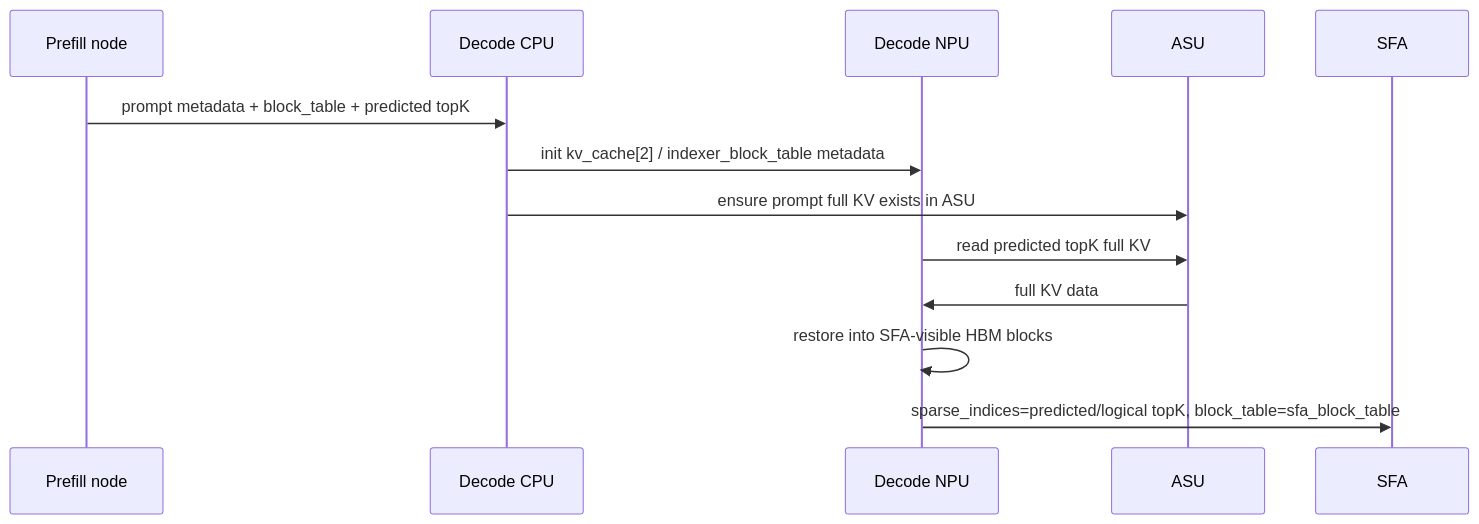
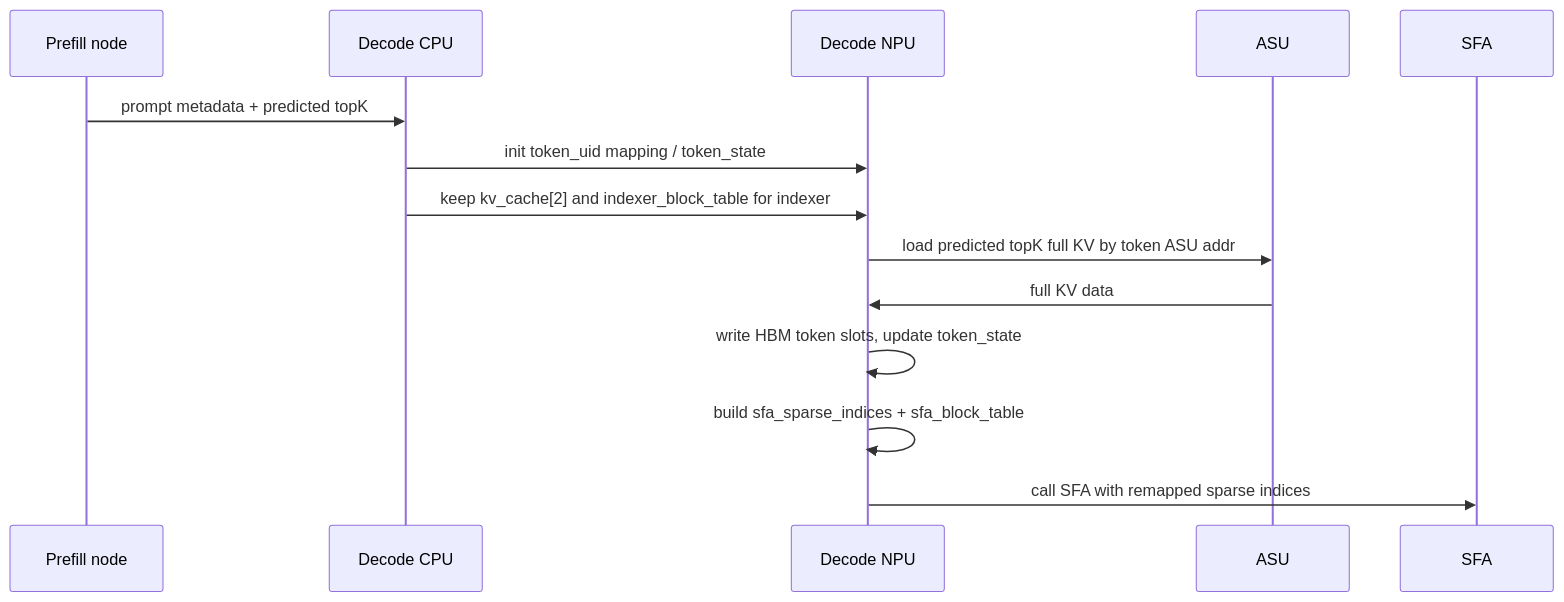
The second of 6 diagrams in docs/draft/2026-06-02-npu-hbm-kvcache-management-draft.md (ykfnxx/ASU-Ascend), drawn with Mermaid before and after one commit. The commit also changed other lines of this file, not shown here.

Commit message:
Refine KVCache token-state SFA remap design

````diff
--- a/docs/draft/2026-06-02-npu-hbm-kvcache-management-draft.md
+++ b/docs/draft/2026-06-02-npu-hbm-kvcache-management-draft.md
@@ -332,16 +399,17 @@
 ```mermaid
 sequenceDiagram
     participant P as Prefill node
     participant D as Decode CPU
     participant N as Decode NPU
     participant A as ASU
     participant S as SFA
 
-    P->>D: prompt metadata + block_table + predicted topK
-    D->>N: init kv_cache[2] / indexer_block_table metadata
-    D->>A: ensure prompt full KV exists in ASU
-    N->>A: read predicted topK full KV
+    P->>D: prompt metadata + predicted topK
+    D->>N: init token_uid mapping / token_state
+    D->>N: keep kv_cache[2] and indexer_block_table for indexer
+    N->>A: load predicted topK full KV by token ASU addr
     A->>N: full KV data
-    N->>N: restore into SFA-visible HBM blocks
-    N->>S: sparse_indices=predicted/logical topK, block_table=sfa_block_table
+    N->>N: write HBM token slots, update token_state
+    N->>N: build sfa_sparse_indices + sfa_block_table
+    N->>S: call SFA with remapped sparse indices
 ```
````
